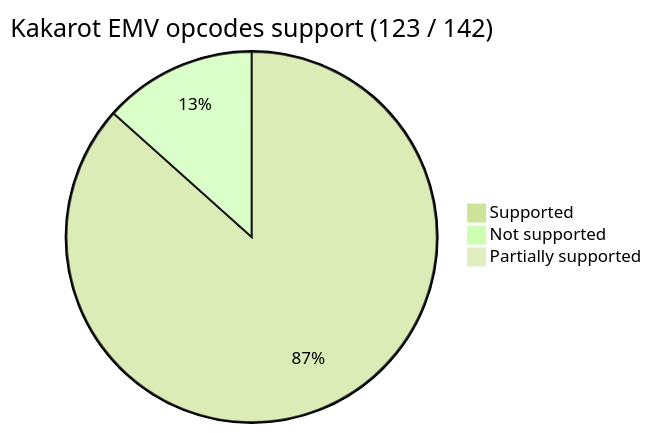
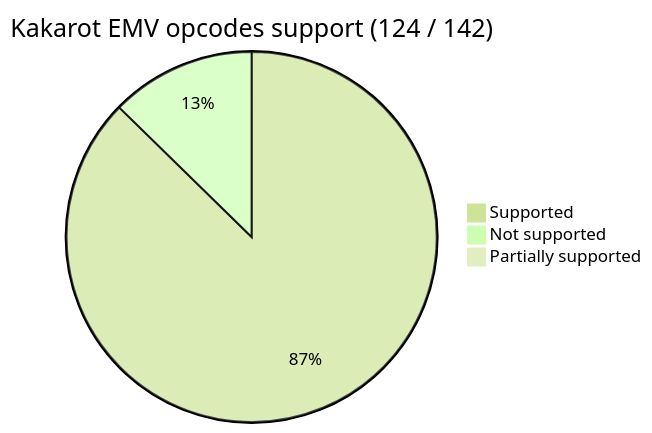
Before and after one commit to kkrt-labs/kakarot: the first of 2 diagrams in README.md, drawn with Mermaid. The commit also changed 4 other files, not shown here.

````diff
--- a/README.md
+++ b/README.md
@@ -38,9 +38,9 @@
 ```mermaid
 %%{init: {'theme': 'forest', 'themeVariables': { 'darkMode': 'false'}}}%%
 
-pie title Kakarot EMV opcodes support (123 / 142)
-    "Supported" : 123
-    "Not supported" : 19
+pie title Kakarot EMV opcodes support (124 / 142)
+    "Supported" : 124
+    "Not supported" : 18
 
     "Partially supported" : 0
 ```
````
